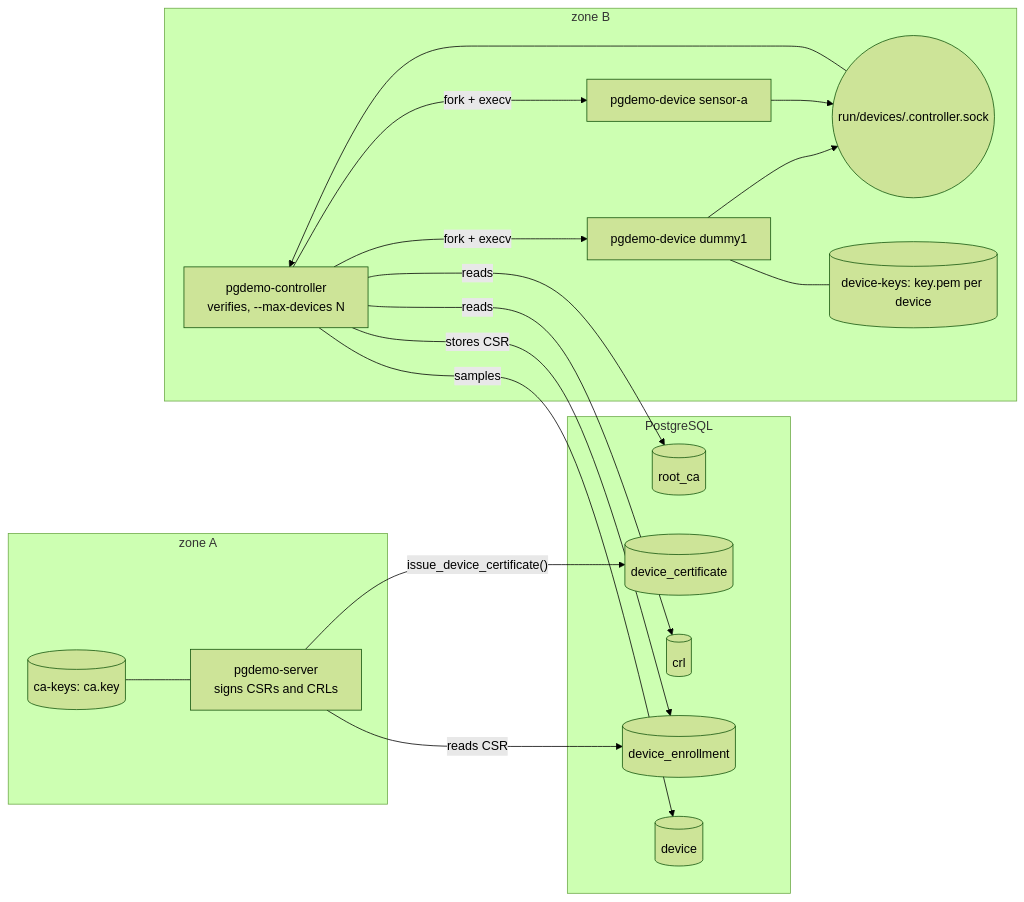
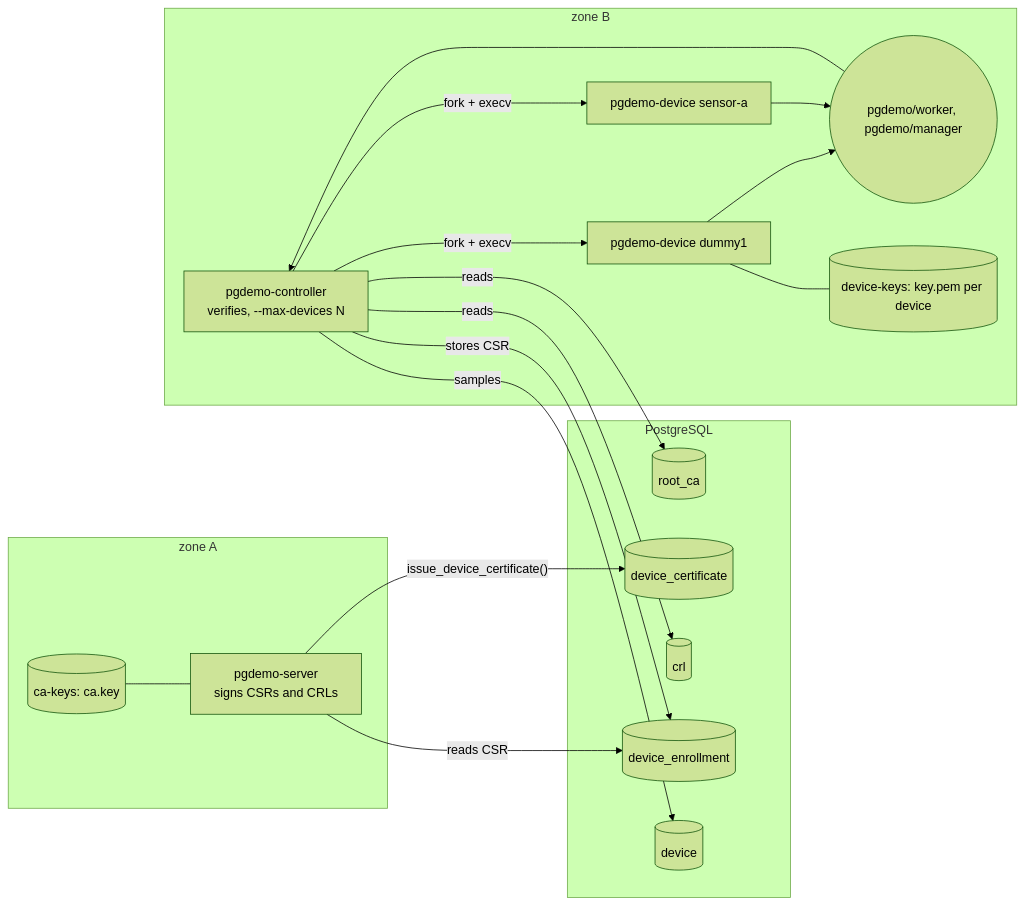
Before and after one commit to jgmatu/postgresql: the first of 5 diagrams in docs/DEVICE_PKI.md, drawn with Mermaid (forest theme). The commit also changed other lines of this file and 44 other files, not shown here.

````diff
--- a/docs/DEVICE_PKI.md
+++ b/docs/DEVICE_PKI.md
@@ -28,34 +28,34 @@
 ```mermaid
 flowchart LR
     subgraph zoneA ["zone A"]
         server["pgdemo-server<br/>signs CSRs and CRLs"]
         caKey[("ca-keys: ca.key")]
     end
     subgraph pg ["PostgreSQL"]
         rootCa[("root_ca")]
         certs[("device_certificate")]
         crl[("crl")]
         enroll[("device_enrollment")]
         dev[("device")]
     end
     subgraph zoneB ["zone B"]
         controller["pgdemo-controller<br/>verifies, --max-devices N"]
-        sock(("run/devices/.controller.sock"))
+        topics(("pgdemo/worker, pgdemo/manager"))
         d1["pgdemo-device dummy1"]
         d2["pgdemo-device sensor-a"]
         devKeys[("device-keys: key.pem per device")]
     end
     caKey --- server
     server -->|"issue_device_certificate()"| certs
     server -->|"reads CSR"| enroll
     controller -->|"fork + execv"| d1
     controller -->|"fork + execv"| d2
-    d1 --> sock
-    d2 --> sock
-    sock --> controller
+    d1 --> topics
+    d2 --> topics
+    topics --> controller
     d1 --- devKeys
     controller -->|"stores CSR"| enroll
     controller -->|"reads"| rootCa
     controller -->|"reads"| crl
     controller -->|"samples"| dev
 ```
````
